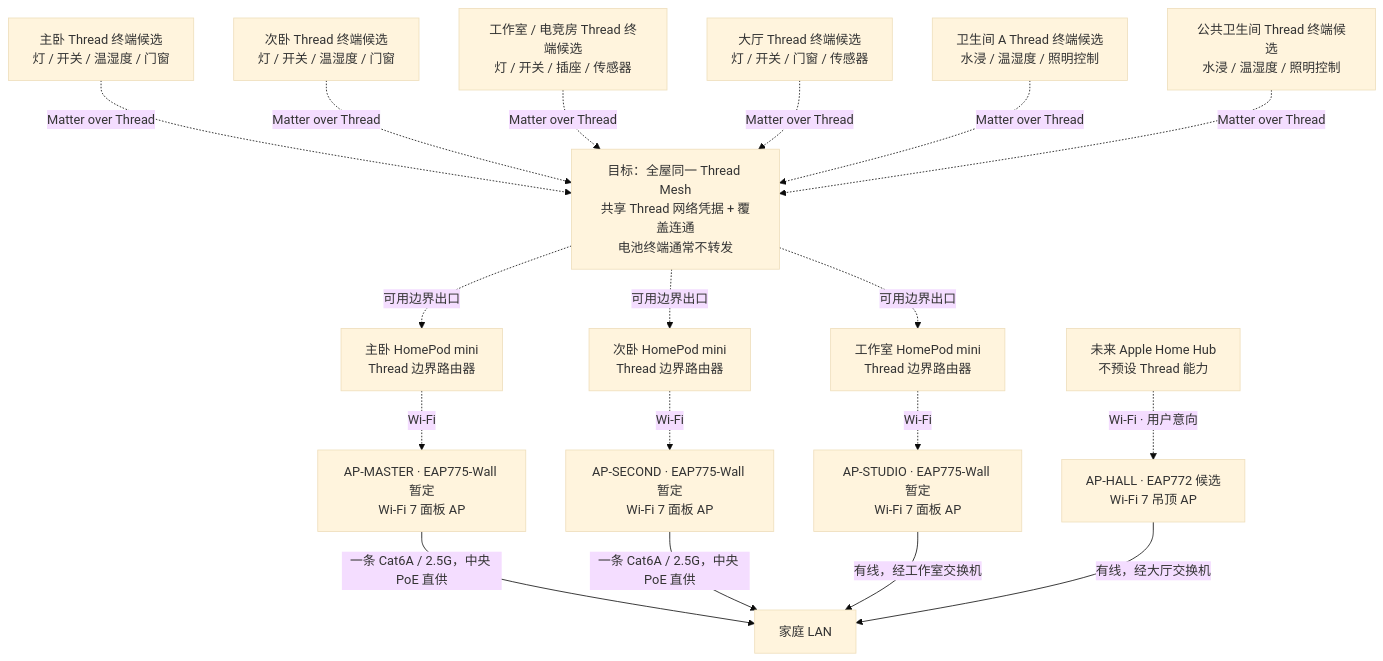
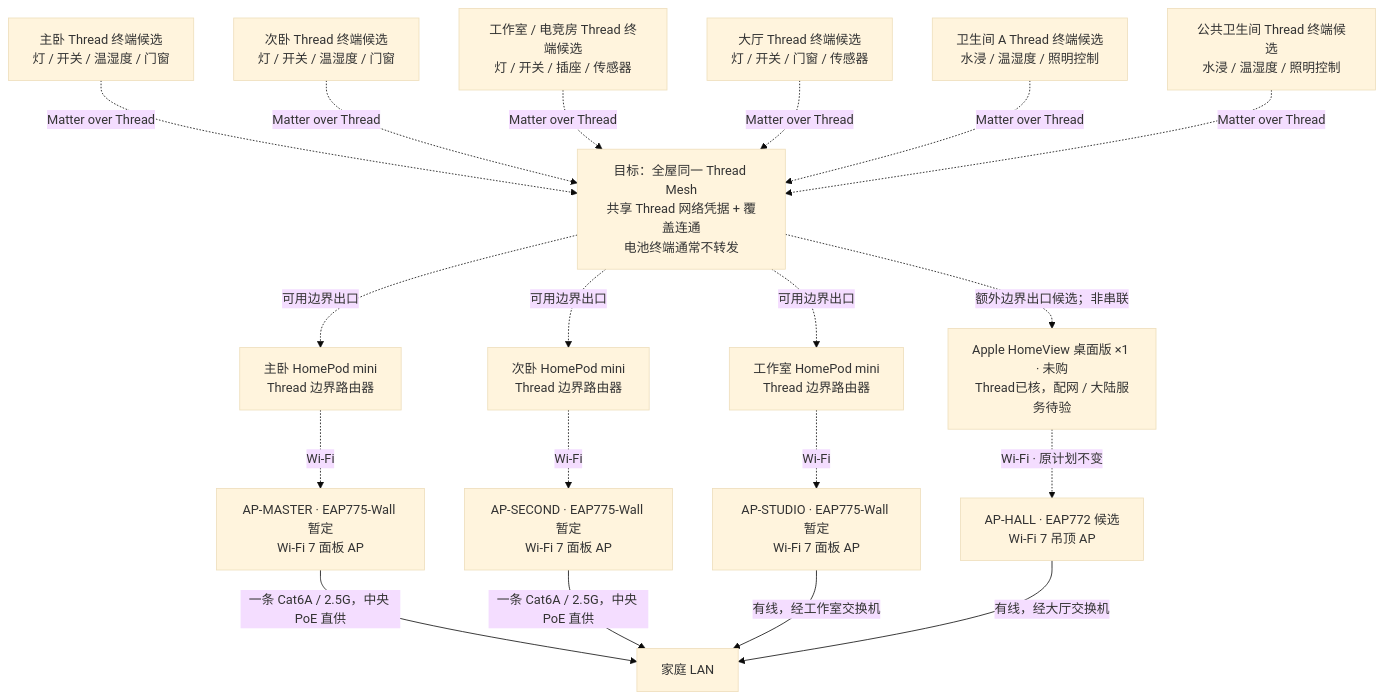
One commit to QZSAMA/AgentHomeAssistant changed the second of 2 diagrams in docs/smart-home-topology.md. Above: the diagram before and after it, drawn with Mermaid (base theme). The commit also changed other lines of this file and 11 other files, not shown here.

Commit message:
docs: consolidate home network BOM and HomeView decisions

````diff
--- a/docs/smart-home-topology.md
+++ b/docs/smart-home-topology.md
@@ -121,31 +142,32 @@
 ```mermaid
 flowchart TB
     TM["主卧 Thread 终端候选<br/>灯 / 开关 / 温湿度 / 门窗"]
     TS["次卧 Thread 终端候选<br/>灯 / 开关 / 温湿度 / 门窗"]
     TW["工作室 / 电竞房 Thread 终端候选<br/>灯 / 开关 / 插座 / 传感器"]
     TH["大厅 Thread 终端候选<br/>灯 / 开关 / 门窗 / 传感器"]
     TB1["卫生间 A Thread 终端候选<br/>水浸 / 温湿度 / 照明控制"]
     TB2["公共卫生间 Thread 终端候选<br/>水浸 / 温湿度 / 照明控制"]
 
     MESH["目标：全屋同一 Thread Mesh<br/>共享 Thread 网络凭据 + 覆盖连通<br/>电池终端通常不转发"]
     TM -. "Matter over Thread" .-> MESH
     TS -. "Matter over Thread" .-> MESH
     TW -. "Matter over Thread" .-> MESH
     TH -. "Matter over Thread" .-> MESH
     TB1 -. "Matter over Thread" .-> MESH
     TB2 -. "Matter over Thread" .-> MESH
 
     MESH -. "可用边界出口" .-> HP1["主卧 HomePod mini<br/>Thread 边界路由器"]
     MESH -. "可用边界出口" .-> HP2["次卧 HomePod mini<br/>Thread 边界路由器"]
     MESH -. "可用边界出口" .-> HP3["工作室 HomePod mini<br/>Thread 边界路由器"]
 
     HP1 -. "Wi-Fi" .-> AP1["AP-MASTER · EAP775-Wall 暂定<br/>Wi-Fi 7 面板 AP"]
     HP2 -. "Wi-Fi" .-> AP2["AP-SECOND · EAP775-Wall 暂定<br/>Wi-Fi 7 面板 AP"]
     HP3 -. "Wi-Fi" .-> AP3["AP-STUDIO · EAP775-Wall 暂定<br/>Wi-Fi 7 面板 AP"]
     AP1 -->|"一条 Cat6A / 2.5G，中央 PoE 直供"| LAN["家庭 LAN"]
     AP2 -->|"一条 Cat6A / 2.5G，中央 PoE 直供"| LAN
     AP3 -->|"有线，经工作室交换机"| LAN
 
-    HUB["未来 Apple Home Hub<br/>不预设 Thread 能力"] -. "Wi-Fi · 用户意向" .-> AP4["AP-HALL · EAP772 候选<br/>Wi-Fi 7 吊顶 AP"]
+    HUB["Apple HomeView 桌面版 ×1 · 未购<br/>Thread已核，配网 / 大陆服务待验"] -. "Wi-Fi · 原计划不变" .-> AP4["AP-HALL · EAP772 候选<br/>Wi-Fi 7 吊顶 AP"]
+    MESH -. "额外边界出口候选；非串联" .-> HUB
     AP4 -->|"有线，经大厅交换机"| LAN
 ```
````
